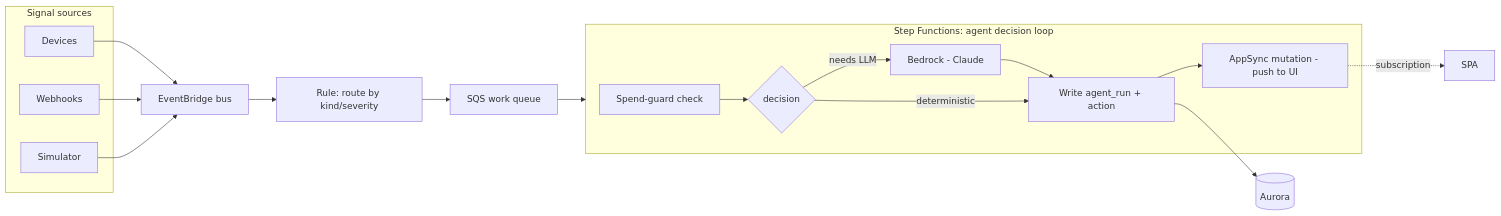
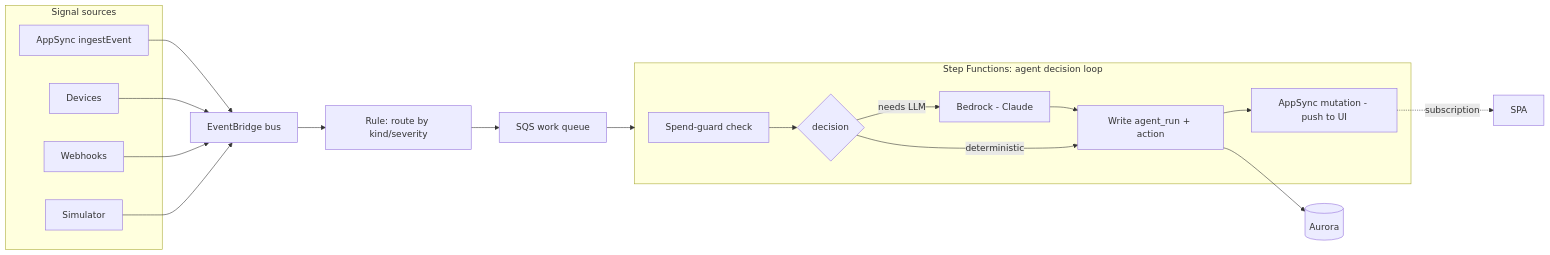
Before and after one commit to jbleonelli/stratos: the diagram in docs/architecture/agent-runtime.md, drawn with Mermaid. The commit also changed other lines of this file and 8 other files, not shown here.

First line of the commit message:
feat(agent): ingest front door — ingestEvent emits a signal to the agent bus

````diff
--- a/docs/architecture/agent-runtime.md
+++ b/docs/architecture/agent-runtime.md
@@ -63,27 +78,29 @@
 ```mermaid
 flowchart LR
   subgraph ingest [Signal sources]
+    API[AppSync ingestEvent]
     DEV[Devices]
     WH[Webhooks]
     SIM[Simulator]
   end
 
-  DEV --> EB[EventBridge bus]
+  API --> EB[EventBridge bus]
+  DEV --> EB
   WH --> EB
   SIM --> EB
 
   EB --> RULE[Rule: route by kind/severity]
   RULE --> SQS[SQS work queue]
   SQS --> SF
 
   subgraph SF [Step Functions: agent decision loop]
     G[Spend-guard check] --> DECIDE{decision}
     DECIDE -->|needs LLM| BR[Bedrock - Claude]
     BR --> WRITE[Write agent_run + action]
     DECIDE -->|deterministic| WRITE
     WRITE --> PUSH[AppSync mutation - push to UI]
   end
 
   WRITE --> AUR[(Aurora)]
   PUSH -. subscription .-> UI[SPA]
 ```
````
